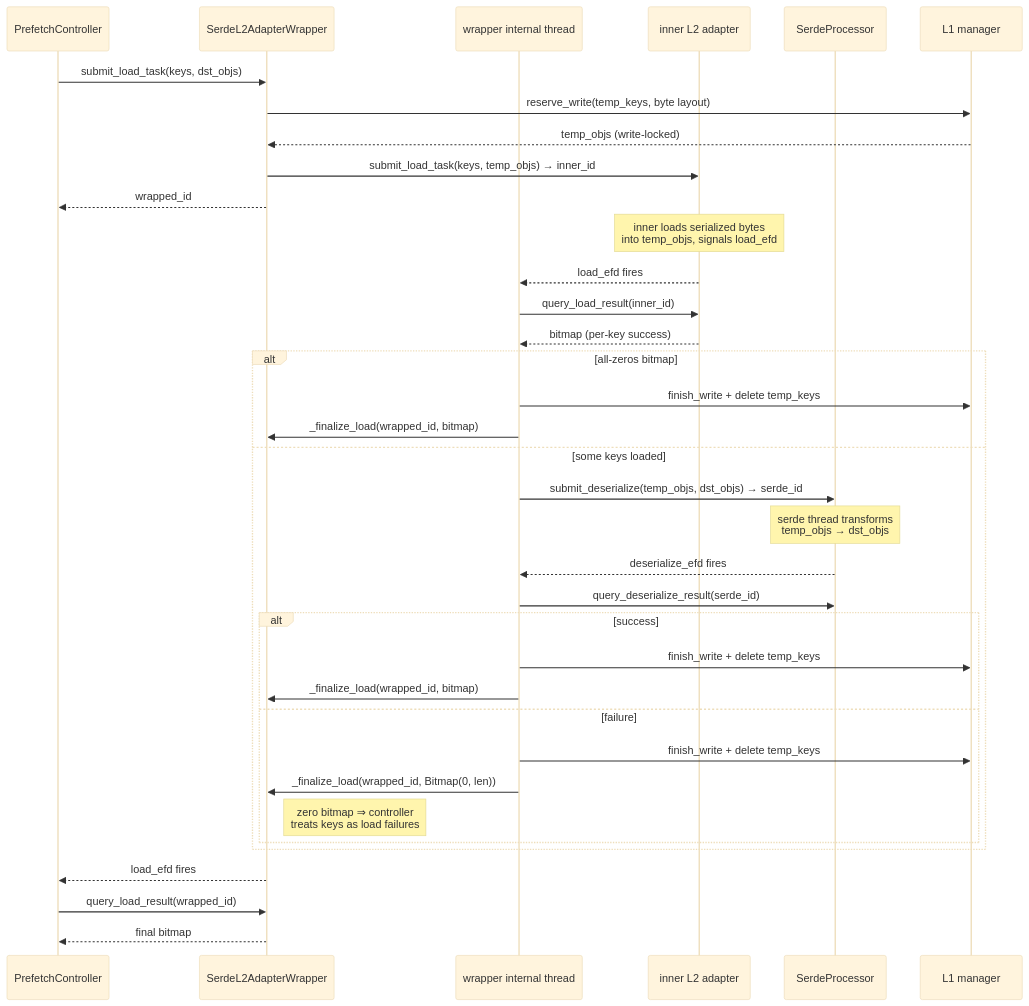
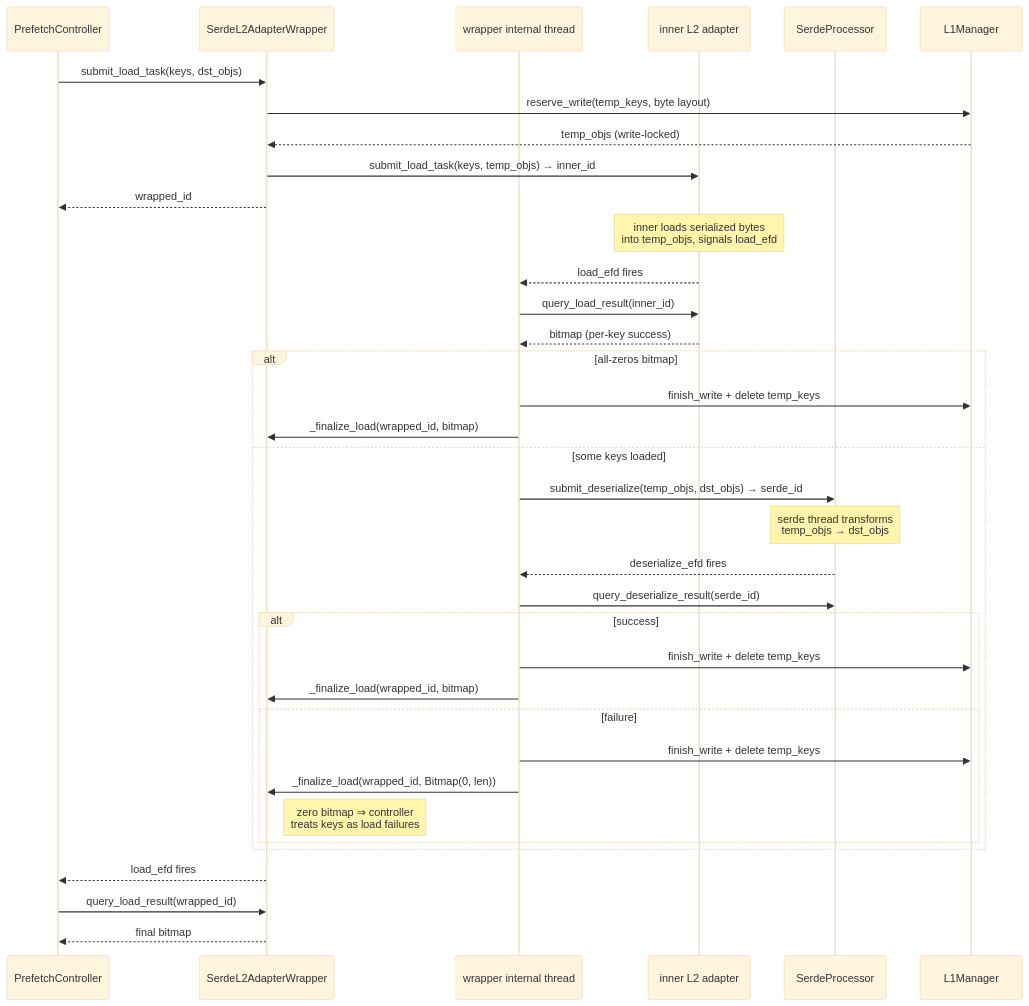
Before and after one commit to LMCache/LMCache: the second of 2 diagrams in docs/design/v1/distributed/l2_adapters/serde_wrapper.md, drawn with Mermaid (base theme). The commit also changed other lines of this file and 13 other files, not shown here.

````diff
--- a/docs/design/v1/distributed/l2_adapters/serde_wrapper.md
+++ b/docs/design/v1/distributed/l2_adapters/serde_wrapper.md
@@ -137,43 +137,43 @@
 ```mermaid
 sequenceDiagram
     participant Controller as PrefetchController
     participant W as SerdeL2AdapterWrapper
     participant Thread as wrapper internal thread
     participant Inner as inner L2 adapter
     participant Serde as SerdeProcessor
-    participant L1 as L1 manager
+    participant L1 as L1Manager
 
     Controller->>W: submit_load_task(keys, dst_objs)
     W->>L1: reserve_write(temp_keys, byte layout)
     L1-->>W: temp_objs (write-locked)
     W->>Inner: submit_load_task(keys, temp_objs) → inner_id
     W-->>Controller: wrapped_id
 
     Note over Inner: inner loads serialized bytes<br/>into temp_objs, signals load_efd
 
     Inner-->>Thread: load_efd fires
     Thread->>Inner: query_load_result(inner_id)
     Inner-->>Thread: bitmap (per-key success)
 
     alt all-zeros bitmap
         Thread->>L1: finish_write + delete temp_keys
         Thread->>W: _finalize_load(wrapped_id, bitmap)
     else some keys loaded
         Thread->>Serde: submit_deserialize(temp_objs, dst_objs) → serde_id
         Note over Serde: serde thread transforms<br/>temp_objs → dst_objs
         Serde-->>Thread: deserialize_efd fires
         Thread->>Serde: query_deserialize_result(serde_id)
         alt success
             Thread->>L1: finish_write + delete temp_keys
             Thread->>W: _finalize_load(wrapped_id, bitmap)
         else failure
             Thread->>L1: finish_write + delete temp_keys
             Thread->>W: _finalize_load(wrapped_id, Bitmap(0, len))
             Note right of W: zero bitmap ⇒ controller<br/>treats keys as load failures
         end
     end
 
     W-->>Controller: load_efd fires
     Controller->>W: query_load_result(wrapped_id)
     W-->>Controller: final bitmap
 ```
````
